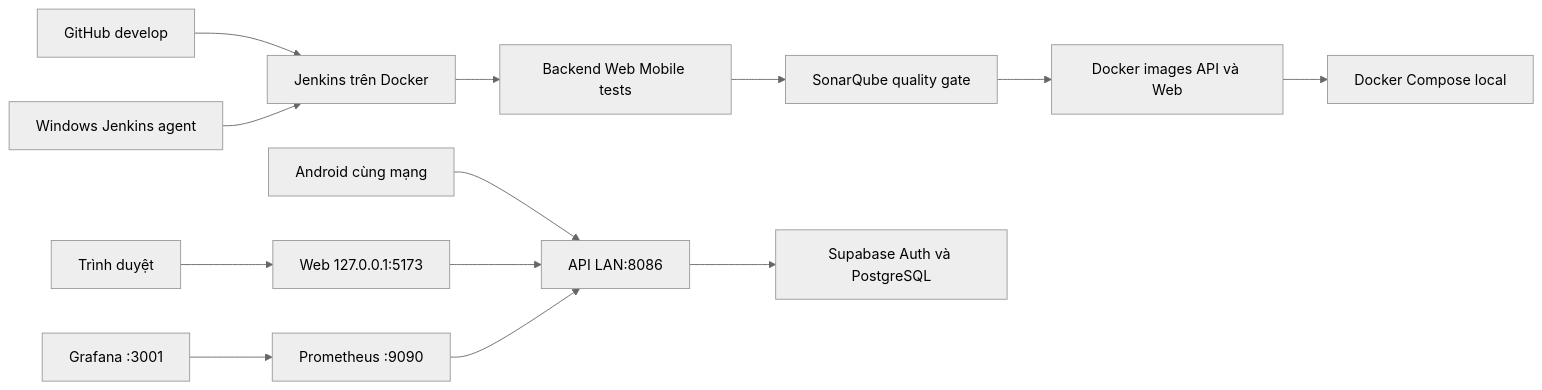
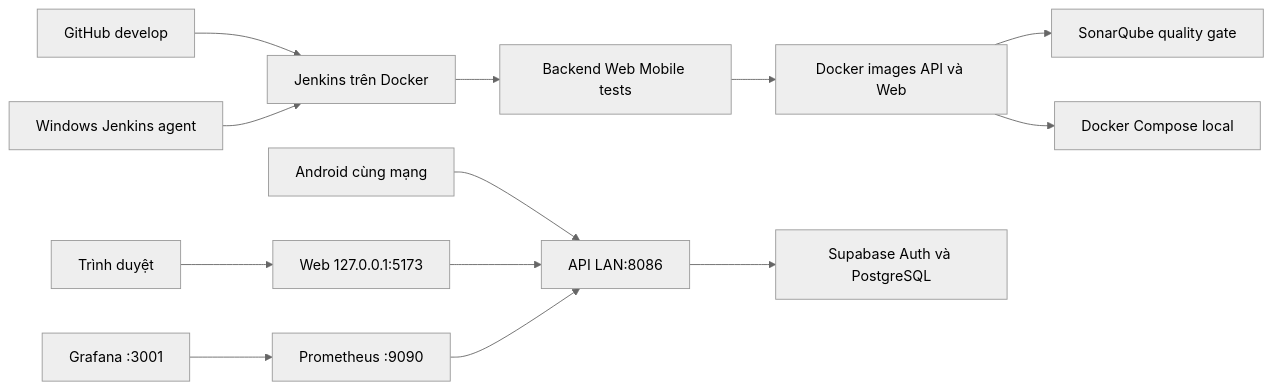
Before and after one commit to PierreS64/finsight: the diagram in docs/local-deployment.md, drawn with Mermaid (neutral theme). The commit also changed 1 other file, not shown here.

Commit message:
docs(deploy): record Jenkins acceptance and pipeline topology

````diff
--- a/docs/local-deployment.md
+++ b/docs/local-deployment.md
@@ -7,15 +7,15 @@
 ```mermaid
 flowchart LR
   GitHub[GitHub develop] --> Jenkins[Jenkins trên Docker]
   Agent[Windows Jenkins agent] --> Jenkins
   Jenkins --> Tests[Backend Web Mobile tests]
-  Tests --> Sonar[SonarQube quality gate]
-  Sonar --> Images[Docker images API và Web]
+  Tests --> Images[Docker images API và Web]
+  Images --> Sonar[SonarQube quality gate]
   Images --> Compose[Docker Compose local]
   Browser[Trình duyệt] --> Web[Web 127.0.0.1:5173]
   Phone[Android cùng mạng] --> API[API LAN:8086]
   Web --> API
   API --> Supabase[Supabase Auth và PostgreSQL]
   Prom[Prometheus :9090] --> API
   Graf[Grafana :3001] --> Prom
 ```
````
